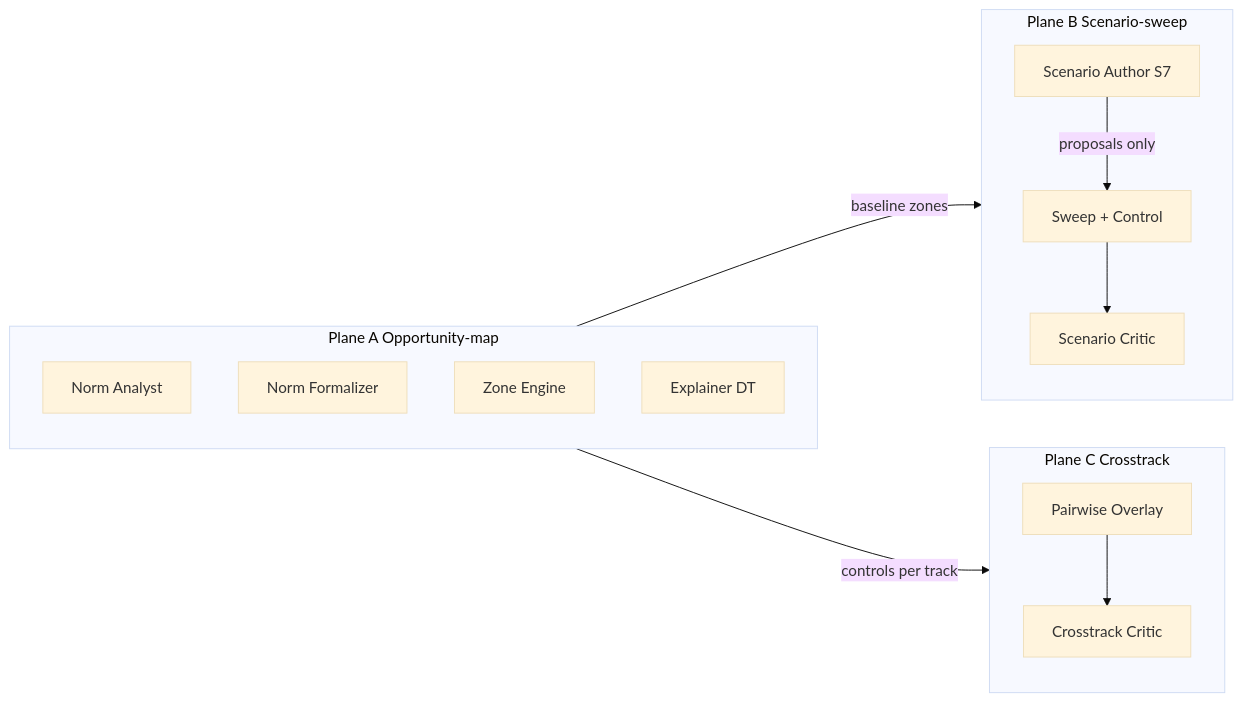
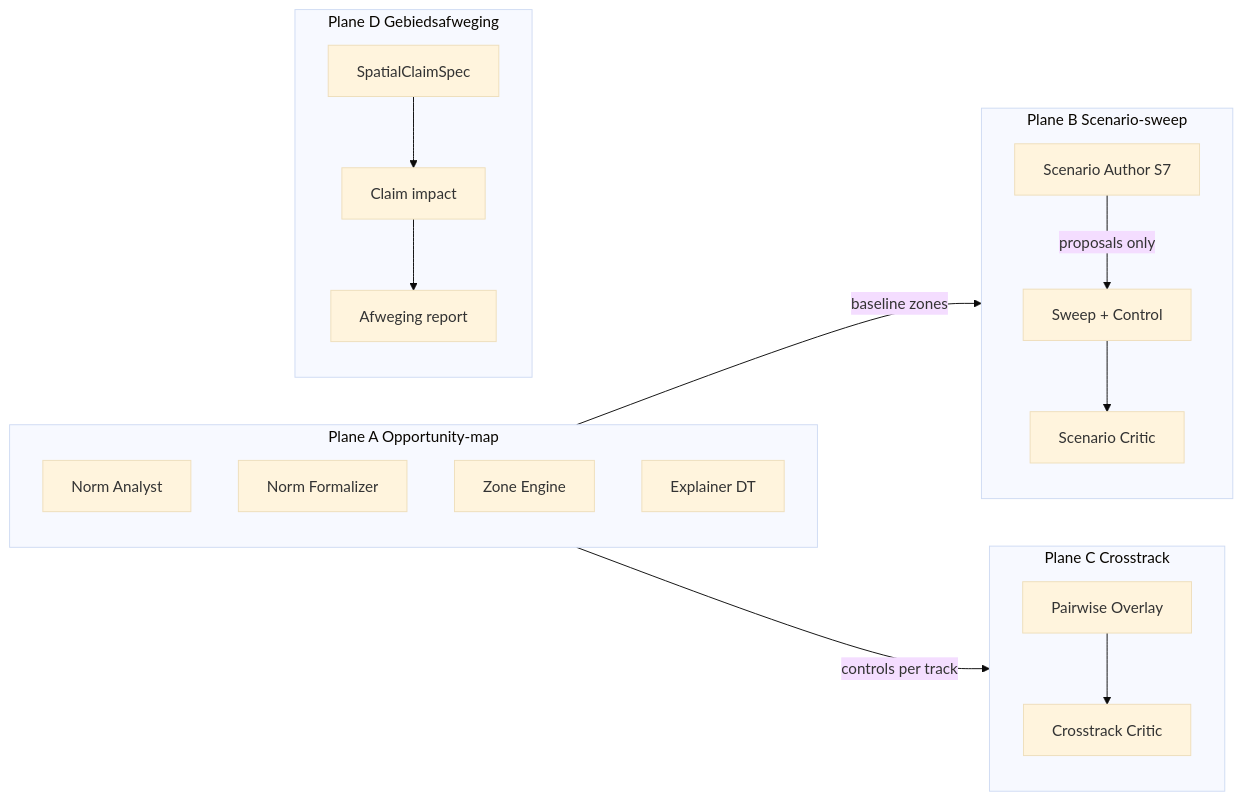
One commit to EuropAI-EDICs/solution2 changed the first of 2 diagrams in nldt/11-poc-patterns-scenarios-qa.md. Above: the diagram before and after it, drawn with Mermaid (base theme). The commit also changed other lines of this file and 21 other files, not shown here.

First line of the commit message:
Add Plane D gebiedsafweging for Breda five-value trade-offs.

````diff
--- a/nldt/11-poc-patterns-scenarios-qa.md
+++ b/nldt/11-poc-patterns-scenarios-qa.md
@@ -27,23 +29,29 @@
 ```mermaid
 flowchart LR
   subgraph planeA [Plane A Opportunity-map]
     NA[Norm Analyst]
     NF[Norm Formalizer]
     ZE[Zone Engine]
     EX[Explainer DT]
   end
   subgraph planeB [Plane B Scenario-sweep]
     SA[Scenario Author S7]
     SW[Sweep + Control]
     SC[Scenario Critic]
   end
   subgraph planeC [Plane C Crosstrack]
     CT[Pairwise Overlay]
     CC[Crosstrack Critic]
   end
+  subgraph planeD [Plane D Gebiedsafweging]
+    CL[SpatialClaimSpec]
+    IM[Claim impact]
+    AR[Afweging report]
+  end
   planeA -->|baseline zones| planeB
   planeA -->|controls per track| planeC
   SA -->|proposals only| SW
   SW --> SC
   CT --> CC
+  CL --> IM --> AR
 ```
````
